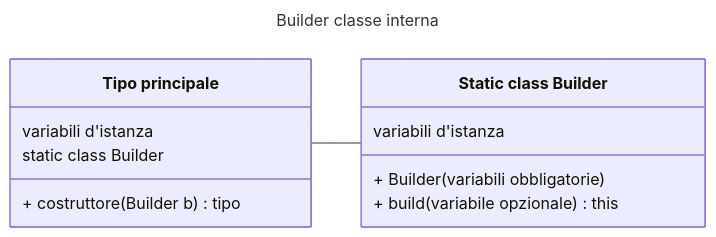
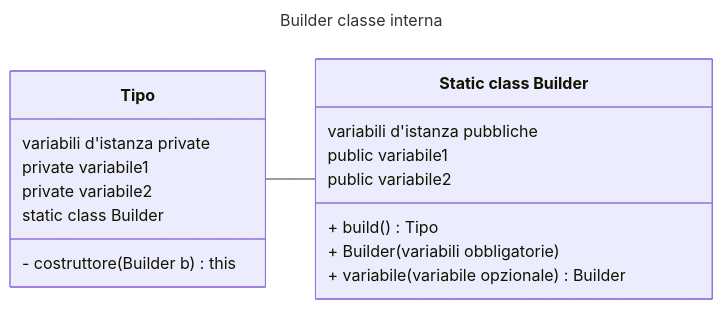
The fifth of 11 diagrams in universita/oop.md (comarandr/comarandr.github.io), drawn with Mermaid before and after one commit. The commit also changed other lines of this file and 1 other file, not shown here.

````diff
--- a/universita/oop.md
+++ b/universita/oop.md
@@ -807,20 +865,26 @@
 ```mermaid
 ---
 title: Builder classe interna
 ---
 classDiagram
     direction LR
-    class `Tipo principale`{
-        variabili d'istanza
+    class Tipo{
+        variabili d'istanza private
+        private variabile1
+        private variabile2
         static class Builder
-        + costruttore(Builder b) tipo
+        - costruttore(Builder b) this
     }
 
     class `Static class Builder`{
-        variabili d'istanza
+        variabili d'istanza pubbliche
+        public variabile1
+        public variabile2
+
+        + build() Tipo
         + Builder (variabili obbligatorie)
-        + build(variabile opzionale) this
+        + variabile(variabile opzionale) Builder
     }
 
-    `Tipo principale` -- `Static class Builder`
+    Tipo -- `Static class Builder`
 ```
````
